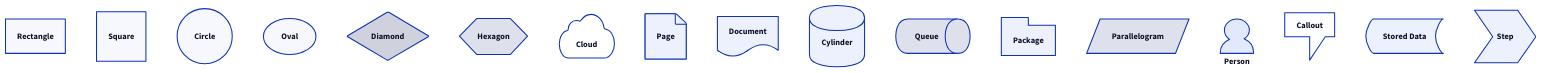
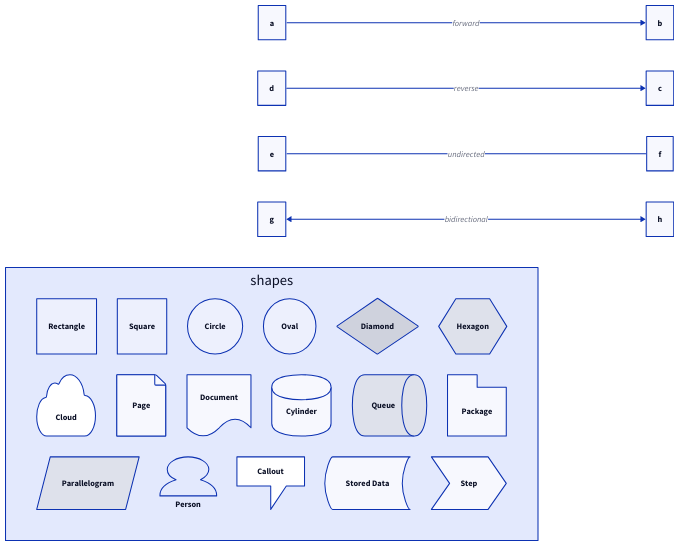
Before and after one commit to letientai299/dirsv: the first of 11 diagrams in tests/d2.md, drawn with D2. The commit also changed other lines of this file, not shown here.

First line of the commit message:
refactor: consolidate d2.md basic examples from 18 to 6 sections

````diff
--- a/tests/d2.md
+++ b/tests/d2.md
@@ -25,19 +13,31 @@
 ```d2
-rect: Rectangle
-sq: Square {shape: square}
-circ: Circle {shape: circle}
-ov: Oval {shape: oval}
-dia: Diamond {shape: diamond}
-hex: Hexagon {shape: hexagon}
-cld: Cloud {shape: cloud}
-pg: Page {shape: page}
-doc: Document {shape: document}
-cyl: Cylinder {shape: cylinder}
-q: Queue {shape: queue}
-pkg: Package {shape: package}
-para: Parallelogram {shape: parallelogram}
-per: Person {shape: person}
-call: Callout {shape: callout}
-sd: Stored Data {shape: stored_data}
-stp: Step {shape: step}
+direction: right
+
+# Connection types between basic shapes
+a -> b: forward
+c <- d: reverse
+e -- f: undirected
+g <-> h: bidirectional
+
+# All shape types
+shapes: {
+  grid-rows: 3
+  rect: Rectangle
+  sq: Square {shape: square}
+  circ: Circle {shape: circle}
+  ov: Oval {shape: oval}
+  dia: Diamond {shape: diamond}
+  hex: Hexagon {shape: hexagon}
+  cld: Cloud {shape: cloud}
+  pg: Page {shape: page}
+  doc: Document {shape: document}
+  cyl: Cylinder {shape: cylinder}
+  q: Queue {shape: queue}
+  pkg: Package {shape: package}
+  para: Parallelogram {shape: parallelogram}
+  per: Person {shape: person}
+  call: Callout {shape: callout}
+  sd: Stored Data {shape: stored_data}
+  stp: Step {shape: step}
+}
 ```
````
